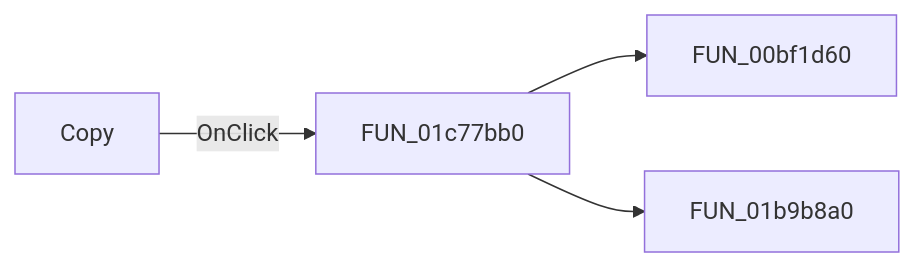
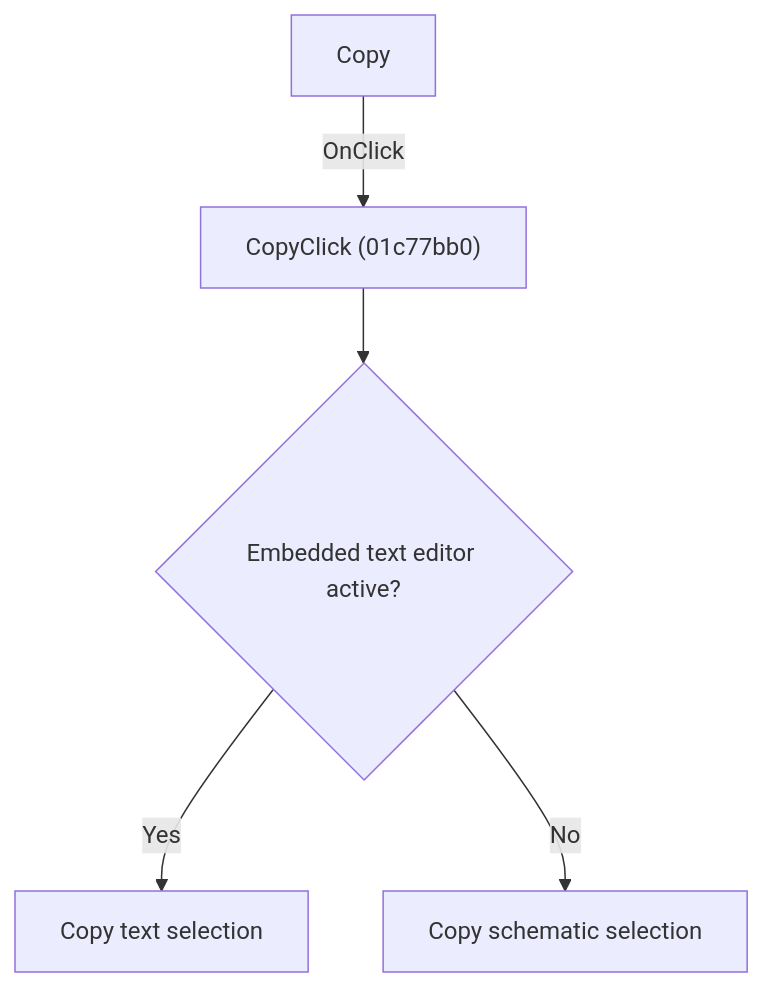
One commit to MovGP0/TIARA changed the diagram in docs/ui-controls/schematiceditor/dfcopybtn-64fe71dfa3.md. Above: the diagram before and after it, drawn with Mermaid. The commit also changed other lines of this file and 1062 other files, not shown here.

````diff
--- a/docs/ui-controls/schematiceditor/dfcopybtn-64fe71dfa3.md
+++ b/docs/ui-controls/schematiceditor/dfcopybtn-64fe71dfa3.md
@@ -27,6 +27,7 @@
 ```mermaid
-flowchart LR
-    control["Copy"] -->|OnClick| handler["FUN_01c77bb0"]
-    handler --> call1["FUN_00bf1d60"]
-    handler --> call2["FUN_01b9b8a0"]
+flowchart TD
+    control["Copy"] -->|"OnClick"| handler["CopyClick (01c77bb0)"]
+    handler --> context{"Embedded text editor active?"}
+    context -->|"Yes"| text["Copy text selection"]
+    context -->|"No"| schematic["Copy schematic selection"]
 ```
````
